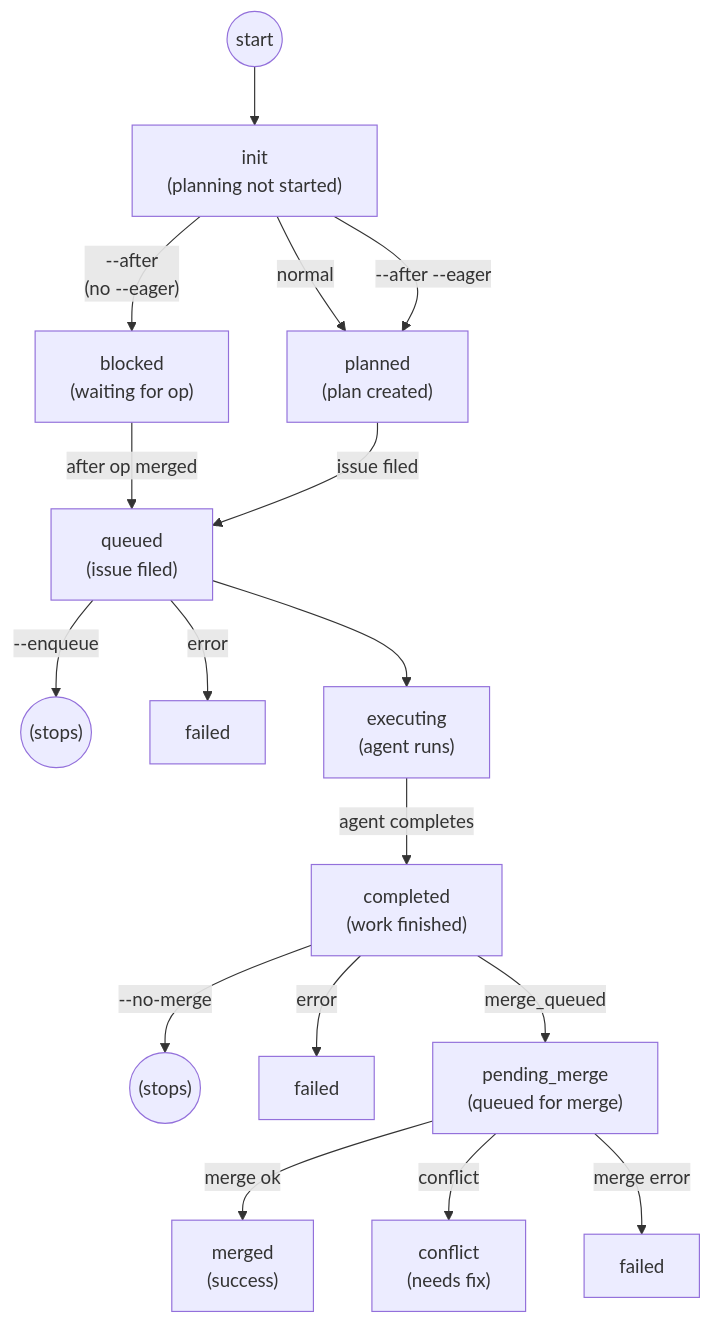
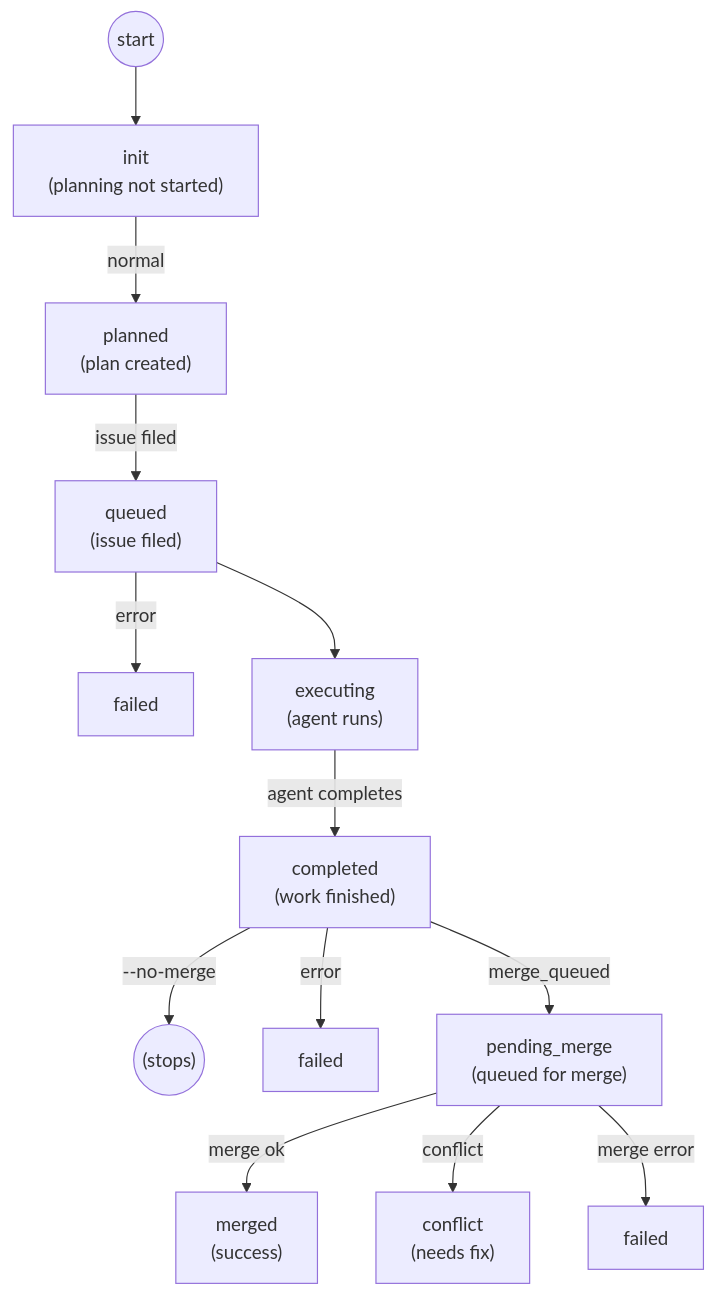
The diagram in docs/arch/operations/state.md (groblegark/v0), drawn with Mermaid before and after one commit. The commit also changed other lines of this file and 11 other files, not shown here.

````diff
--- a/docs/arch/operations/state.md
+++ b/docs/arch/operations/state.md
@@ -11,36 +11,30 @@
 ```mermaid
 flowchart TD
     start((start)) --> init
 
     init["init<br/>(planning not started)"]
-    init -->|"--after<br/>(no --eager)"| blocked
     init -->|normal| planned
-    init -->|"--after --eager"| planned
 
-    blocked["blocked<br/>(waiting for op)"]
     planned["planned<br/>(plan created)"]
-
-    blocked -->|"after op merged"| queued
     planned -->|"issue filed"| queued
 
     queued["queued<br/>(issue filed)"]
-    queued -->|"--enqueue"| stop1(("(stops)"))
     queued -->|error| failed1[failed]
     queued --> executing
 
     executing["executing<br/>(agent runs)"]
     executing -->|"agent completes"| completed
 
     completed["completed<br/>(work finished)"]
     completed -->|"--no-merge"| stop2(("(stops)"))
     completed -->|error| failed2[failed]
     completed -->|merge_queued| pending_merge
 
     pending_merge["pending_merge<br/>(queued for merge)"]
     pending_merge -->|"merge ok"| merged
     pending_merge -->|conflict| conflict
     pending_merge -->|"merge error"| failed3[failed]
 
     merged["merged<br/>(success)"]
     conflict["conflict<br/>(needs fix)"]
 ```
````
